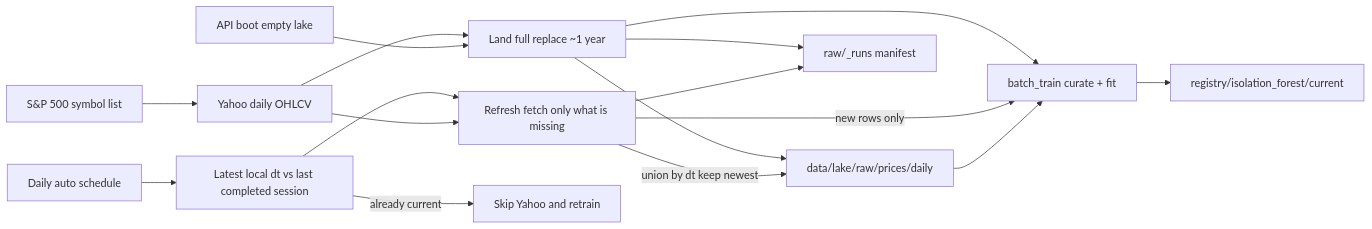
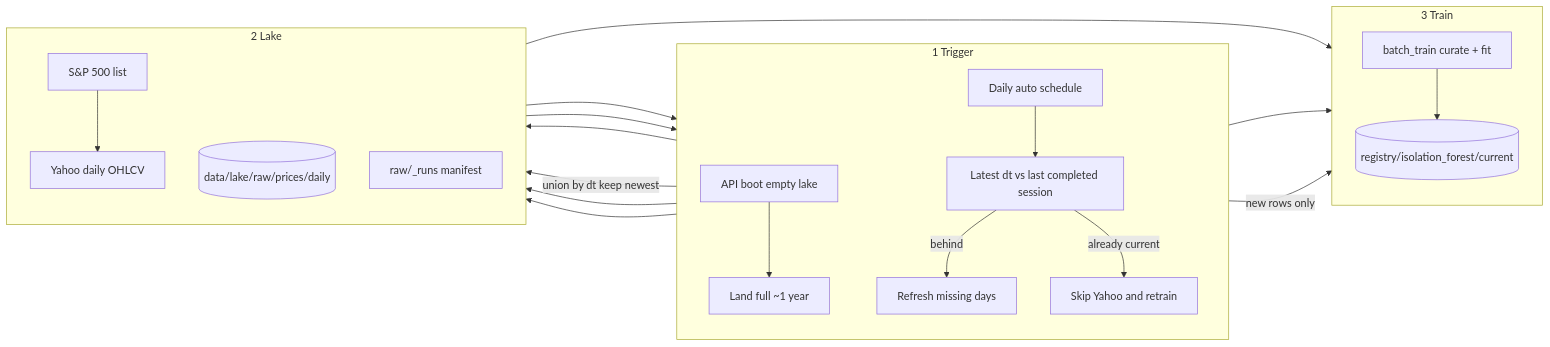
Before and after one commit to sameerde4/ticker-alert-system: the fifth of 10 diagrams in docs/architecture.md, drawn with Mermaid. The commit also changed other lines of this file and 2 other files, not shown here.

First line of the commit message:
Publish finished-system architecture with slide-friendly diagrams.

````diff
--- a/docs/architecture.md
+++ b/docs/architecture.md
@@ -308,18 +304,29 @@
 ```mermaid
 flowchart LR
-    SP[S&P 500 symbol list] --> YF[Yahoo daily OHLCV]
-    YF --> LAND[Land full replace ~1 year]
-    CHECK[Latest local dt vs last completed session] --> MER[Refresh fetch only what is missing]
-    YF --> MER
-    BOOT[API boot empty lake] --> LAND
-    SCHED[Daily auto schedule] --> CHECK
-    LAND --> RAW[data/lake/raw/prices/daily]
-    MER -->|union by dt keep newest| RAW
-    CHECK -->|already current| SKIP[Skip Yahoo and retrain]
-    LAND --> MAN[raw/_runs manifest]
-    MER --> MAN
-    LAND --> TRAIN[batch_train curate + fit]
-    MER -->|new rows only| TRAIN
-    RAW --> TRAIN
-    TRAIN --> REG[registry/isolation_forest/current]
+    subgraph trigger [1 Trigger]
+        direction TB
+        BOOT[API boot empty lake] --> LAND[Land full ~1 year]
+        SCHED[Daily auto schedule] --> CHECK[Latest dt vs last completed session]
+        CHECK -->|behind| MER[Refresh missing days]
+        CHECK -->|already current| SKIP[Skip Yahoo and retrain]
+    end
+
+    subgraph land [2 Lake]
+        direction TB
+        SP[S&P 500 list] --> YF[Yahoo daily OHLCV]
+        YF --> LAND
+        YF --> MER
+        LAND --> RAW[(data/lake/raw/prices/daily)]
+        MER -->|union by dt keep newest| RAW
+        LAND --> MAN[raw/_runs manifest]
+        MER --> MAN
+    end
+
+    subgraph train [3 Train]
+        direction TB
+        RAW --> TRAIN[batch_train curate + fit]
+        LAND --> TRAIN
+        MER -->|new rows only| TRAIN
+        TRAIN --> REG[(registry/isolation_forest/current)]
+    end
 ```
````
